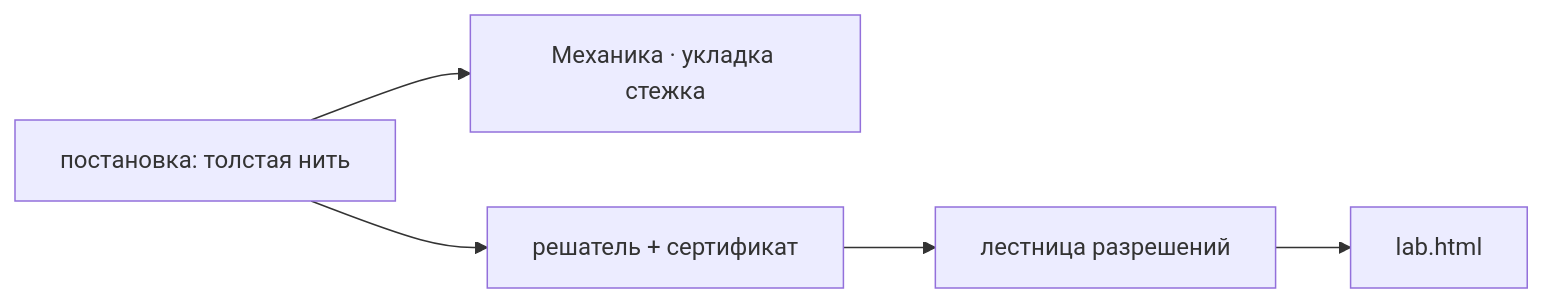
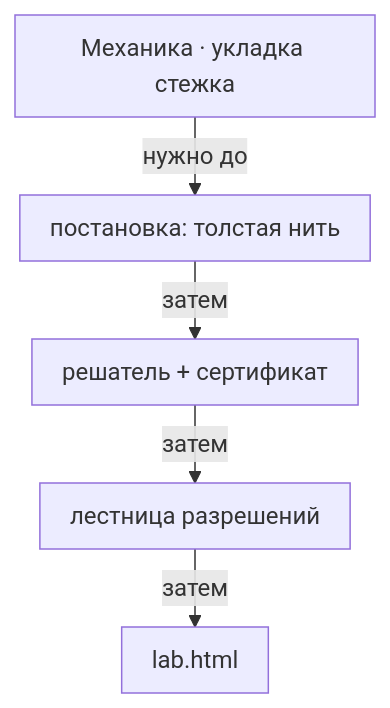
One commit to newYurk/temari changed the diagram in Temari-Obsidian/01 Механики/Механика · нить в пространстве.md. Above: the diagram before and after it, drawn with Mermaid. The commit also changed other lines of this file and 61 other files, not shown here.

Commit message:
fix(vault): show readable craft relationships and distinct graph nodes

````diff
--- a/Temari-Obsidian/01 Механики/Механика · нить в пространстве.md
+++ b/Temari-Obsidian/01 Механики/Механика · нить в пространстве.md
@@ -21,13 +22,14 @@
 ```mermaid
-flowchart LR
+%%{init: {"flowchart":{"nodeSpacing":16,"rankSpacing":28,"curve":"linear","padding":10},"themeVariables":{"fontSize":"16px"}}}%%
+flowchart TB
   IN0["Механика · укладка стежка"]
   S0["постановка: толстая нить"]
   S1["решатель + сертификат"]
   S2["лестница разрешений"]
   S3["lab.html"]
-  S0 --> IN0
-  S0 --> S1
-  S1 --> S2
-  S2 --> S3
+  IN0 -->|нужно до| S0
+  S0 -->|затем| S1
+  S1 -->|затем| S2
+  S2 -->|затем| S3
   class IN0 internal-link;
 ```
````
